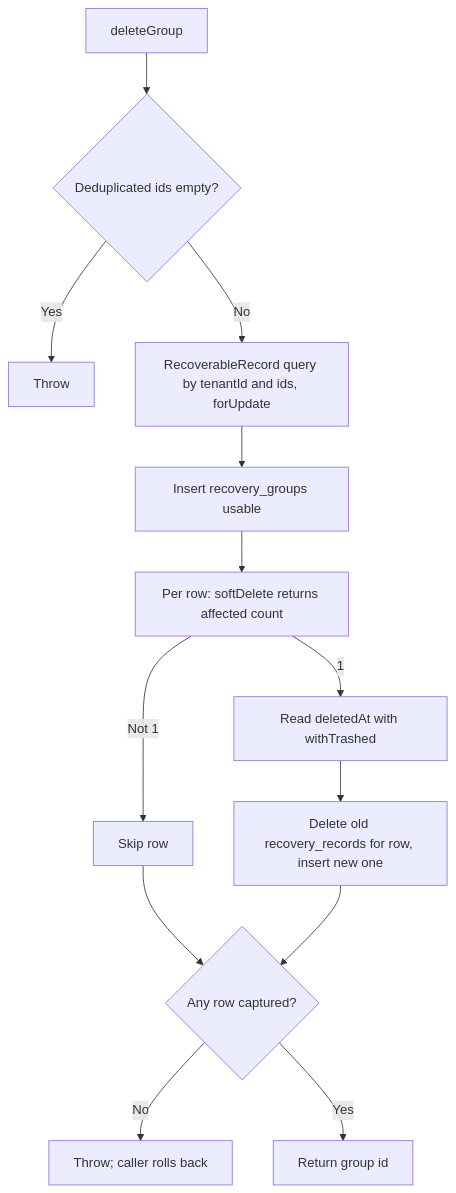
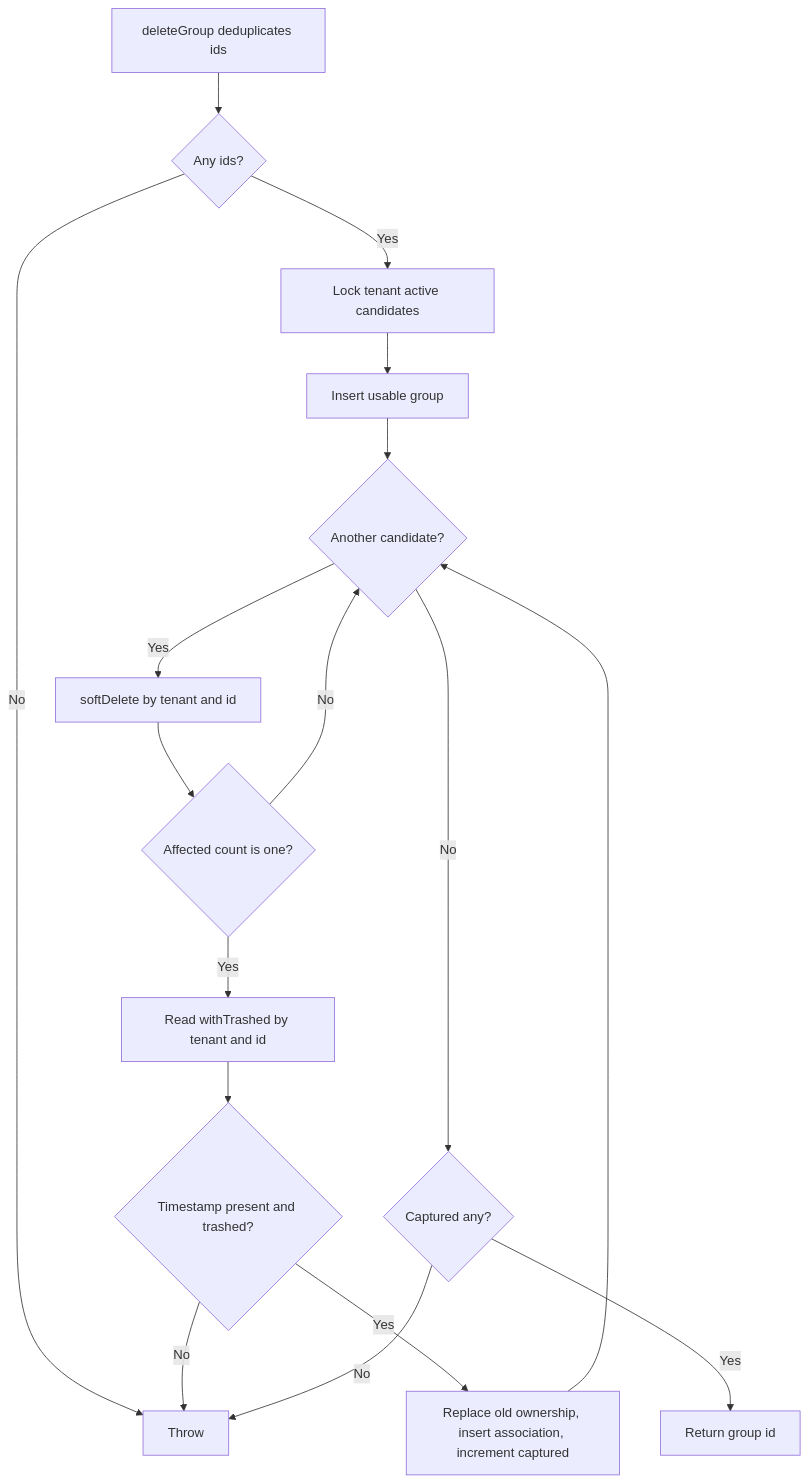
Before and after one commit to Kevinjohn/oss-adonisjs-lucid-soft-delete: the second of 2 diagrams in user-stories/example-apps/us-demo-05-group-recovery.md, drawn with Mermaid. The commit also changed other lines of this file and 26 other files, not shown here.

````diff
--- a/user-stories/example-apps/us-demo-05-group-recovery.md
+++ b/user-stories/example-apps/us-demo-05-group-recovery.md
@@ -36,15 +35,14 @@
 ```mermaid
 flowchart TD
-    A["deleteGroup"] --> B{"Deduplicated ids empty?"}
-    B -->|Yes| C["Throw"]
-    B -->|No| D["RecoverableRecord query by tenantId and ids, forUpdate"]
-    D --> E["Insert recovery_groups usable"]
-    E --> F["Per row: softDelete returns affected count"]
-    F -->|Not 1| G["Skip row"]
-    F -->|1| H["Read deletedAt with withTrashed"]
-    H --> I["Delete old recovery_records for row, insert new one"]
-    G --> J{"Any row captured?"}
-    I --> J
-    J -->|No| K["Throw; caller rolls back"]
-    J -->|Yes| L["Return group id"]
+    A["deleteGroup deduplicates ids"] --> B{"Any ids?"}
+    B -->|No| C["Throw"]
+    B -->|Yes| D["Lock tenant active candidates"] --> E["Insert usable group"] --> F{"Another candidate?"}
+    F -->|Yes| G["softDelete by tenant and id"] --> H{"Affected count is one?"}
+    H -->|No| F
+    H -->|Yes| I["Read withTrashed by tenant and id"] --> J{"Timestamp present and trashed?"}
+    J -->|No| C
+    J -->|Yes| K["Replace old ownership, insert association, increment captured"] --> F
+    F -->|No| L{"Captured any?"}
+    L -->|No| C
+    L -->|Yes| M["Return group id"]
 ```
````
